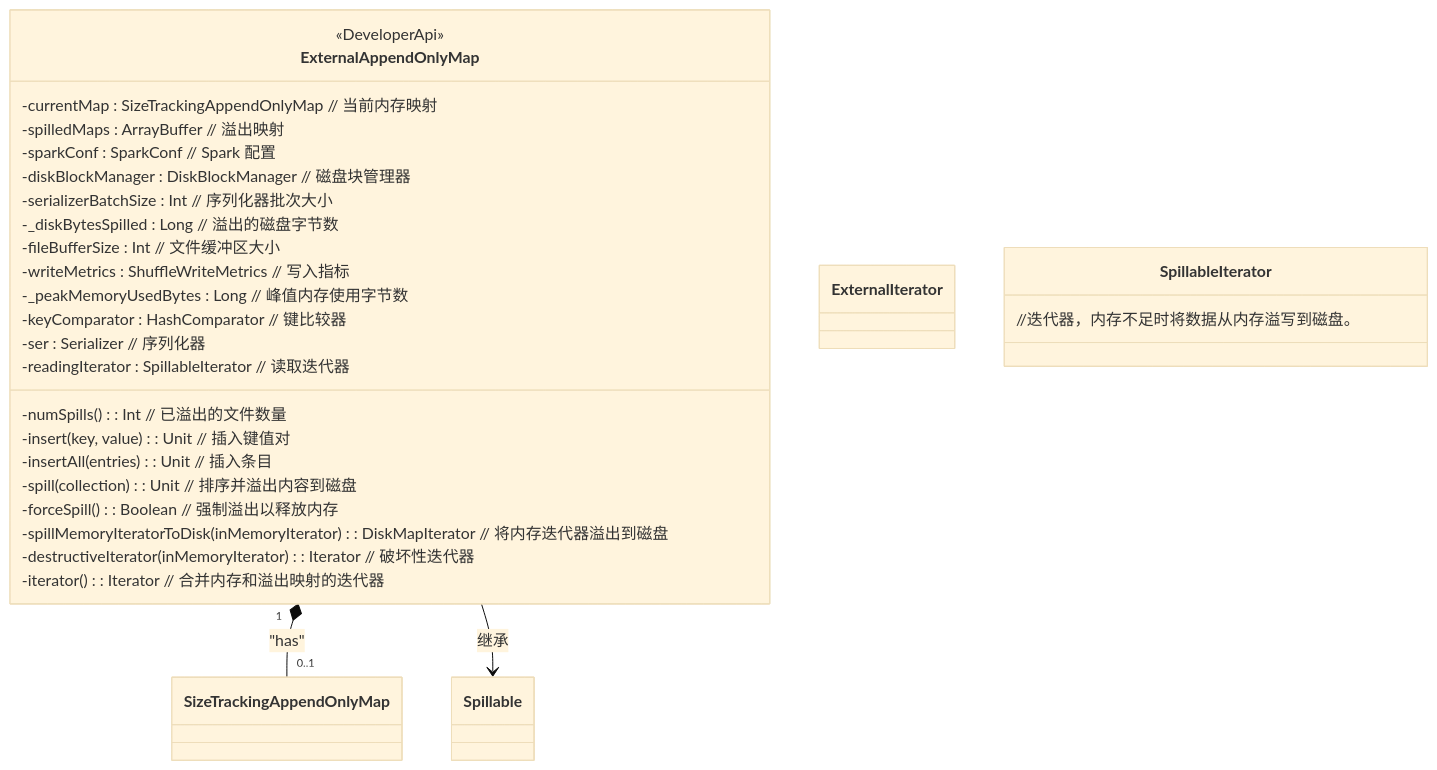
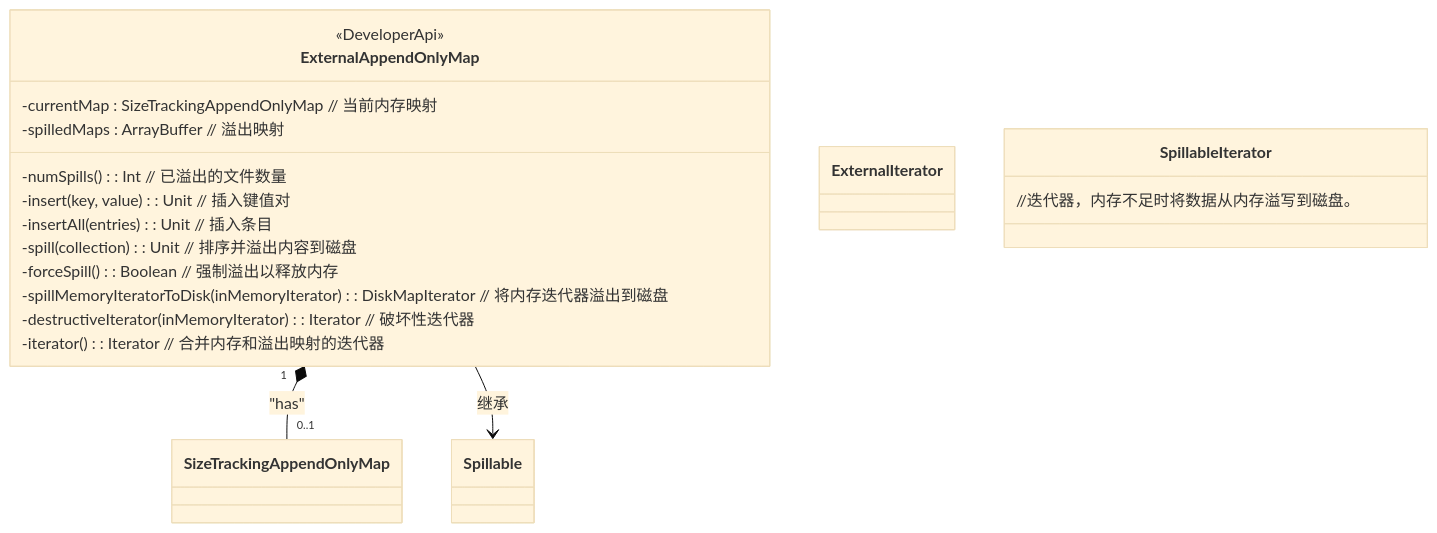
One commit to zizdlp/spark-core-source-analysis changed the first of 2 diagrams in shuffle/ExternalAppendOnlyMap.md. Above: the diagram before and after it, drawn with Mermaid (base theme). The commit also changed other lines of this file and 2 other files, not shown here.

````diff
--- a/shuffle/ExternalAppendOnlyMap.md
+++ b/shuffle/ExternalAppendOnlyMap.md
@@ -63,43 +28,33 @@
 ```mermaid
 classDiagram
     class ExternalAppendOnlyMap {
         <<DeveloperApi>>
         -currentMap : SizeTrackingAppendOnlyMap // 当前内存映射
         -spilledMaps : ArrayBuffer<DiskMapIterator> // 溢出映射
-        -sparkConf : SparkConf // Spark 配置
-        -diskBlockManager : DiskBlockManager // 磁盘块管理器
-        -serializerBatchSize : Int // 序列化器批次大小
-        -_diskBytesSpilled : Long // 溢出的磁盘字节数
-        -fileBufferSize : Int // 文件缓冲区大小
-        -writeMetrics : ShuffleWriteMetrics // 写入指标
-        -_peakMemoryUsedBytes : Long // 峰值内存使用字节数
-        -keyComparator : HashComparator // 键比较器
-        -ser : Serializer // 序列化器
-        -readingIterator : SpillableIterator // 读取迭代器
         -numSpills() : Int // 已溢出的文件数量
         -insert(key, value) : Unit // 插入键值对
         -insertAll(entries) : Unit // 插入条目
         -spill(collection) : Unit // 排序并溢出内容到磁盘
         -forceSpill() : Boolean // 强制溢出以释放内存
         -spillMemoryIteratorToDisk(inMemoryIterator) : DiskMapIterator // 将内存迭代器溢出到磁盘
         -destructiveIterator(inMemoryIterator) : Iterator // 破坏性迭代器
         -iterator() : Iterator // 合并内存和溢出映射的迭代器
     }
 
     class SizeTrackingAppendOnlyMap {
       
     }
     ExternalAppendOnlyMap "1" *-- "0..1" SizeTrackingAppendOnlyMap : "has"
    
    class ExternalIterator {
 
    }
    class SpillableIterator {
     //迭代器，内存不足时将数据从内存溢写到磁盘。
    }
    ExternalAppendOnlyMap --> Spillable: 继承
   
   class Spillable {
   }
    
 ```
````
